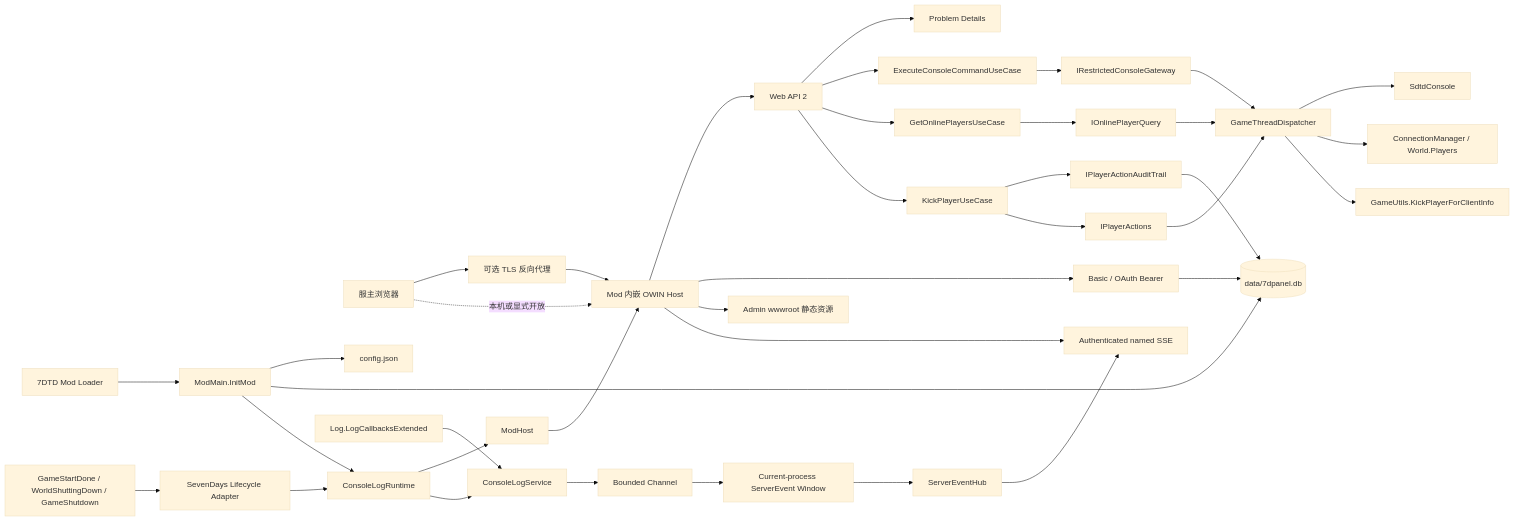
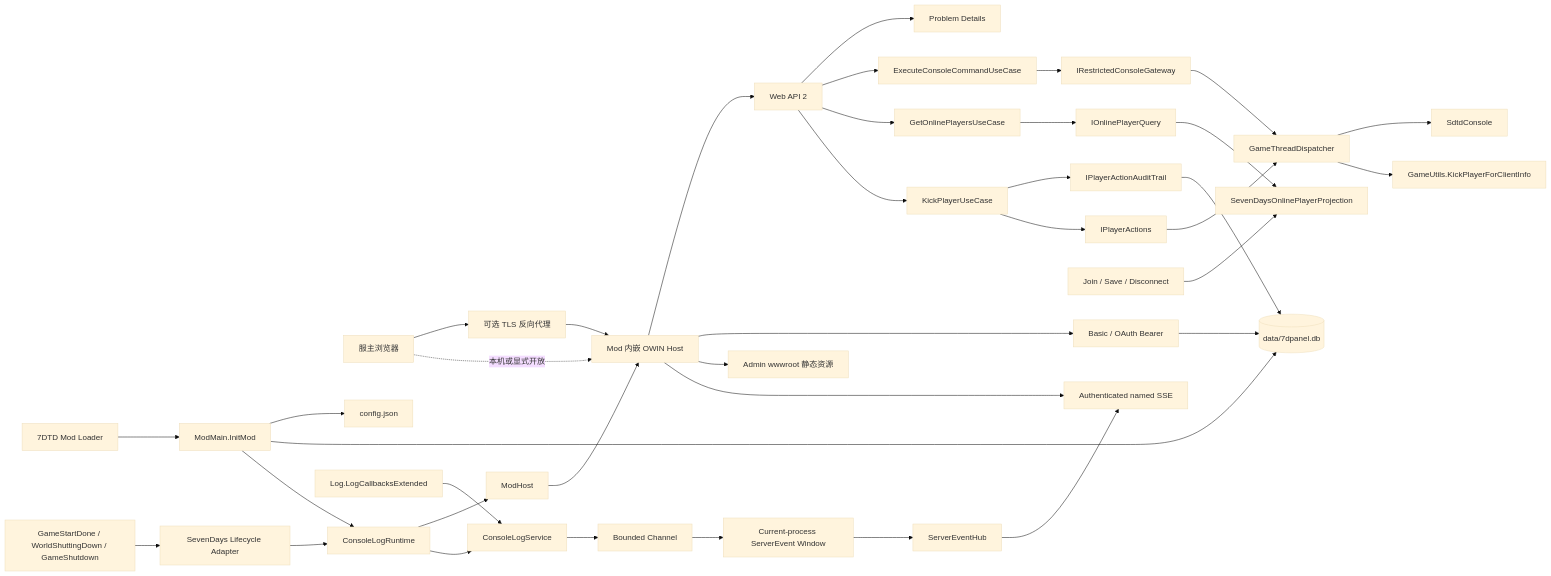
The diagram in docs/architecture.md (IceCoffee1024/7dpanel-legacy), drawn with Mermaid (base theme) before and after one commit. The commit also changed other lines of this file and 35 other files, not shown here.

Commit message:
feat(players): project online players from game events

````diff
--- a/docs/architecture.md
+++ b/docs/architecture.md
@@ -20,40 +20,40 @@
 ```mermaid
 flowchart LR
     Browser[服主浏览器] --> Proxy[可选 TLS 反向代理]
     Proxy --> Host[Mod 内嵌 OWIN Host]
     Browser -. 本机或显式开放 .-> Host
     Host --> Api[Web API 2]
     Host --> Auth[Basic / OAuth Bearer]
     Api --> Problem[Problem Details]
     Host --> Static[Admin wwwroot 静态资源]
     ModLoader[7DTD Mod Loader] --> Bootstrap[ModMain.InitMod]
     Bootstrap --> Config[config.json]
     Bootstrap --> Database[(data/7dpanel.db)]
     Bootstrap --> Runtime[ConsoleLogRuntime]
     Runtime --> ModHost
     ModHost --> Host
     GameEvents[GameStartDone / WorldShuttingDown / GameShutdown] --> Lifecycle[SevenDays Lifecycle Adapter]
     Lifecycle --> Runtime
     GameLogs[Log.LogCallbacksExtended] --> LogService[ConsoleLogService]
     LogService --> LogQueue[Bounded Channel]
     LogQueue --> EventWindow[Current-process ServerEvent Window]
     EventWindow --> EventHub[ServerEventHub]
     EventHub --> Sse[Authenticated named SSE]
     Host --> Sse
     Auth --> Database
     Runtime --> LogService
     Api --> Application[ExecuteConsoleCommandUseCase]
     Application --> ConsolePort[IRestrictedConsoleGateway]
     ConsolePort --> Dispatcher[GameThreadDispatcher]
     Dispatcher --> GameConsole[SdtdConsole]
     Api --> PlayerUseCase[GetOnlinePlayersUseCase]
     PlayerUseCase --> PlayerPort[IOnlinePlayerQuery]
-    PlayerPort --> Dispatcher
-    Dispatcher --> LivePlayers[ConnectionManager / World.Players]
+    PlayerPort --> PlayerProjection[SevenDaysOnlinePlayerProjection]
+    PlayerEvents[Join / Save / Disconnect] --> PlayerProjection
     Api --> KickUseCase[KickPlayerUseCase]
     KickUseCase --> AuditPort[IPlayerActionAuditTrail]
     AuditPort --> Database
     KickUseCase --> ActionPort[IPlayerActions]
     ActionPort --> Dispatcher
     Dispatcher --> NativeKick[GameUtils.KickPlayerForClientInfo]
 ```
````
